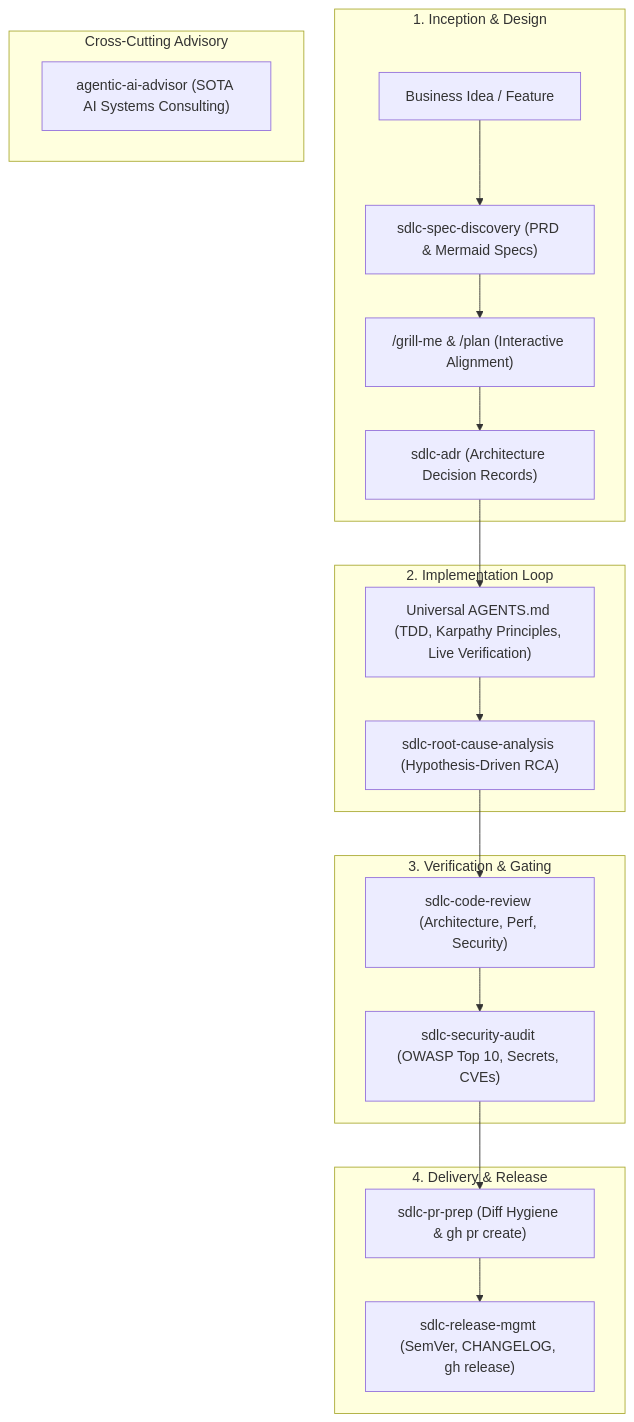
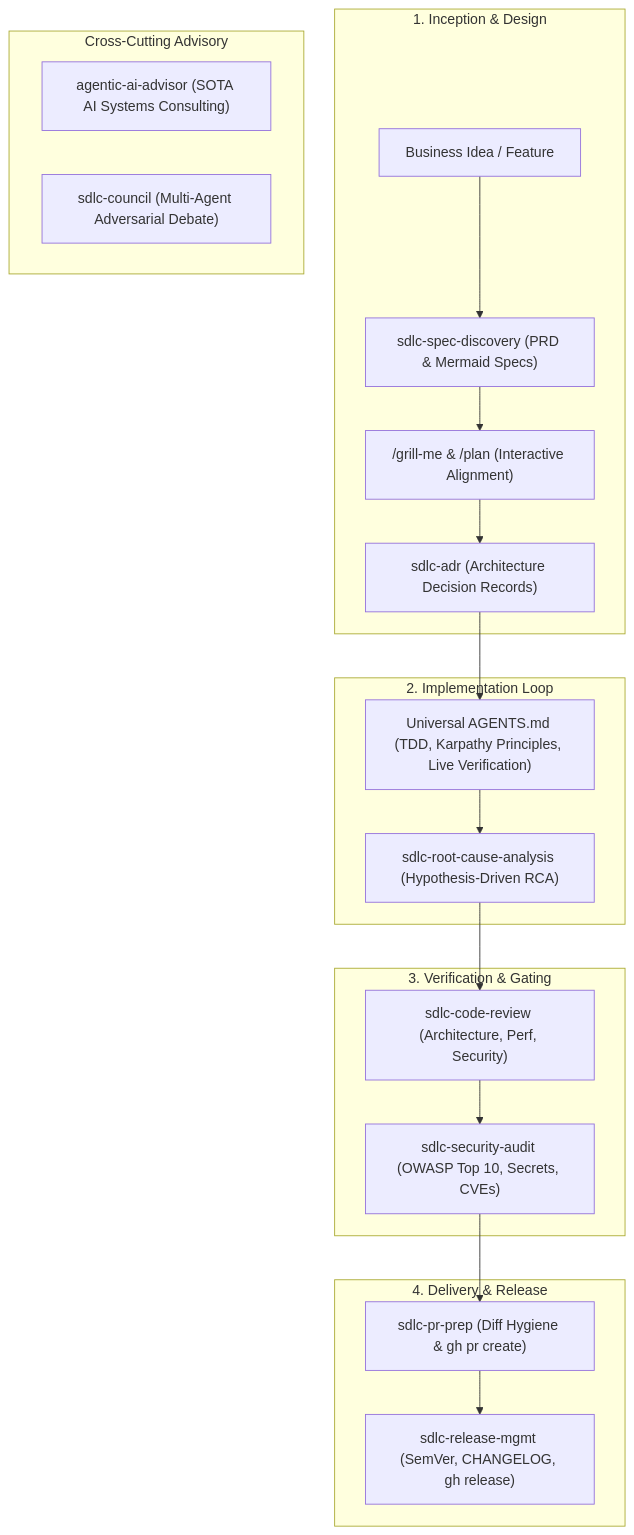
One commit to enielrodriguez/antigravity-sdlc-pack changed the diagram in README.md. Above: the diagram before and after it, drawn with Mermaid. The commit also changed other lines of this file and 1 other file, not shown here.

Commit message:
feat(skills): add sdlc-council multi-agent debate workflow

````diff
--- a/README.md
+++ b/README.md
@@ -11,27 +11,28 @@
 ```mermaid
 flowchart TD
     subgraph Inception["1. Inception & Design"]
         A["Business Idea / Feature"] --> B["sdlc-spec-discovery (PRD & Mermaid Specs)"]
         B --> C["/grill-me & /plan (Interactive Alignment)"]
         C --> D["sdlc-adr (Architecture Decision Records)"]
     end
 
     subgraph Implementation["2. Implementation Loop"]
         D --> E["Universal AGENTS.md (TDD, Karpathy Principles, Live Verification)"]
         E --> G["sdlc-root-cause-analysis (Hypothesis-Driven RCA)"]
     end
 
     subgraph Verification["3. Verification & Gating"]
         G --> H["sdlc-code-review (Architecture, Perf, Security)"]
         H --> I["sdlc-security-audit (OWASP Top 10, Secrets, CVEs)"]
     end
 
     subgraph Release["4. Delivery & Release"]
         I --> J["sdlc-pr-prep (Diff Hygiene & gh pr create)"]
         J --> K["sdlc-release-mgmt (SemVer, CHANGELOG, gh release)"]
     end
 
     subgraph Advisory["Cross-Cutting Advisory"]
         L["agentic-ai-advisor (SOTA AI Systems Consulting)"]
+        M["sdlc-council (Multi-Agent Adversarial Debate)"]
     end
 ```
````
